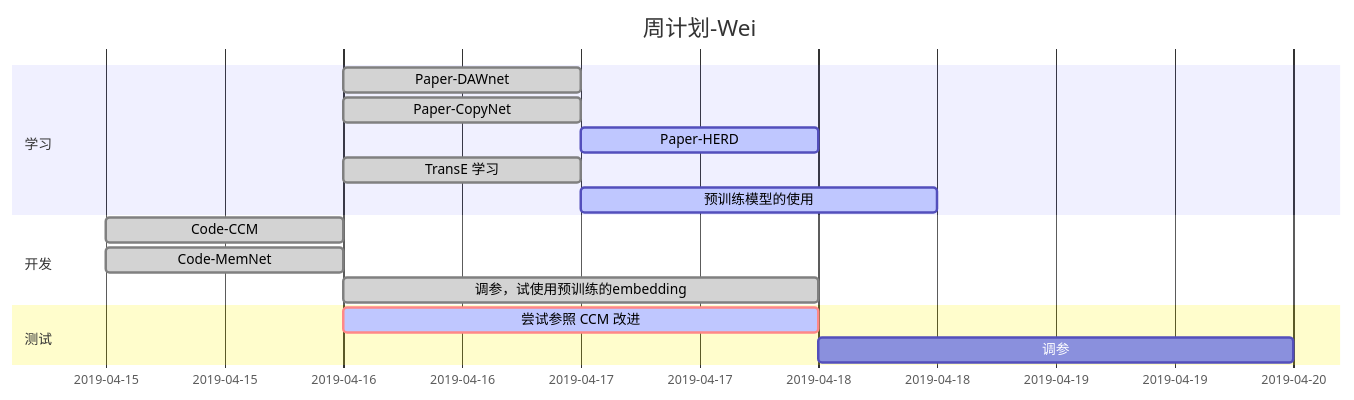
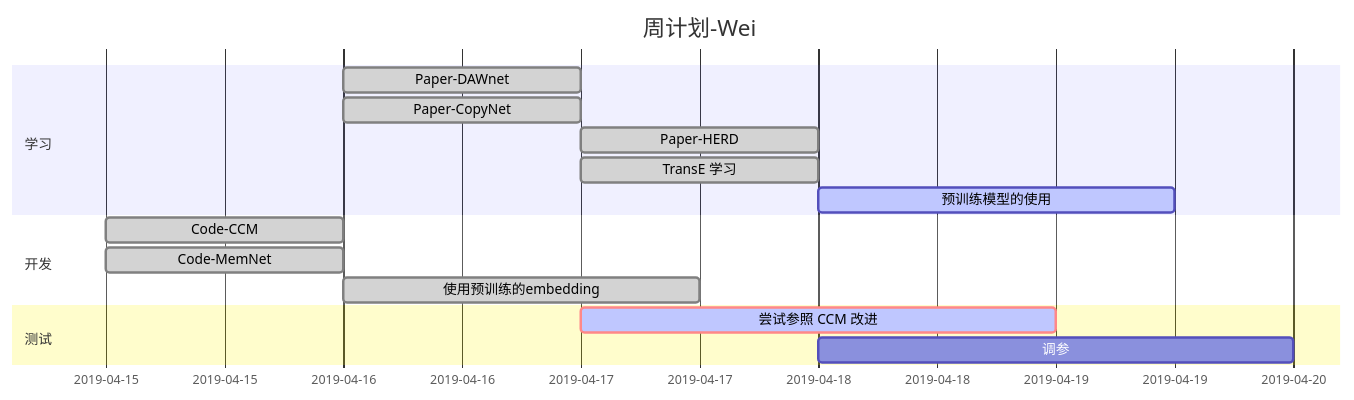
The second of 2 diagrams in Planner.md (little-women/reading-list), drawn with Mermaid before and after one commit. The commit also changed 4 other files, not shown here.

````diff
--- a/Planner.md
+++ b/Planner.md
@@ -20,21 +20,21 @@
 ```mermaid
-        gantt
+       gantt
         dateFormat  YYYY-MM-DD
         title 周计划-Wei
         
         section 学习
         Paper-DAWnet      :done, 2019-04-16, 1d
         Paper-CopyNet     :done,  2019-04-16, 1d
-        Paper-HERD     :active,  2019-04-17, 1d
-        TransE 学习          :done, study1, 2019-04-16, 1d
+        Paper-HERD     :done,  2019-04-17, 1d
+        TransE 学习          :done, study1, 2019-04-17, 1d
         预训练模型的使用          :active, after study1, 36h
         
         section 开发
         Code-CCM                      :done,2019-04-15, 1d
         Code-MemNet                   :done,2019-04-15, 1d
-        调参，试使用预训练的embedding       :done,2019-04-16, 2d
+        使用预训练的embedding       :done,2019-04-16, 36h
     
         section 测试
-        尝试参照 CCM 改进                   :crit, active, task1, 2019-04-16, 2d
-        调参                        :task2, after task1, 2d
+        尝试参照 CCM 改进                   :crit, active, task1, 2019-04-17, 2d
+        调参                        :task2, 2019-04-18, 2d
 ```
````
